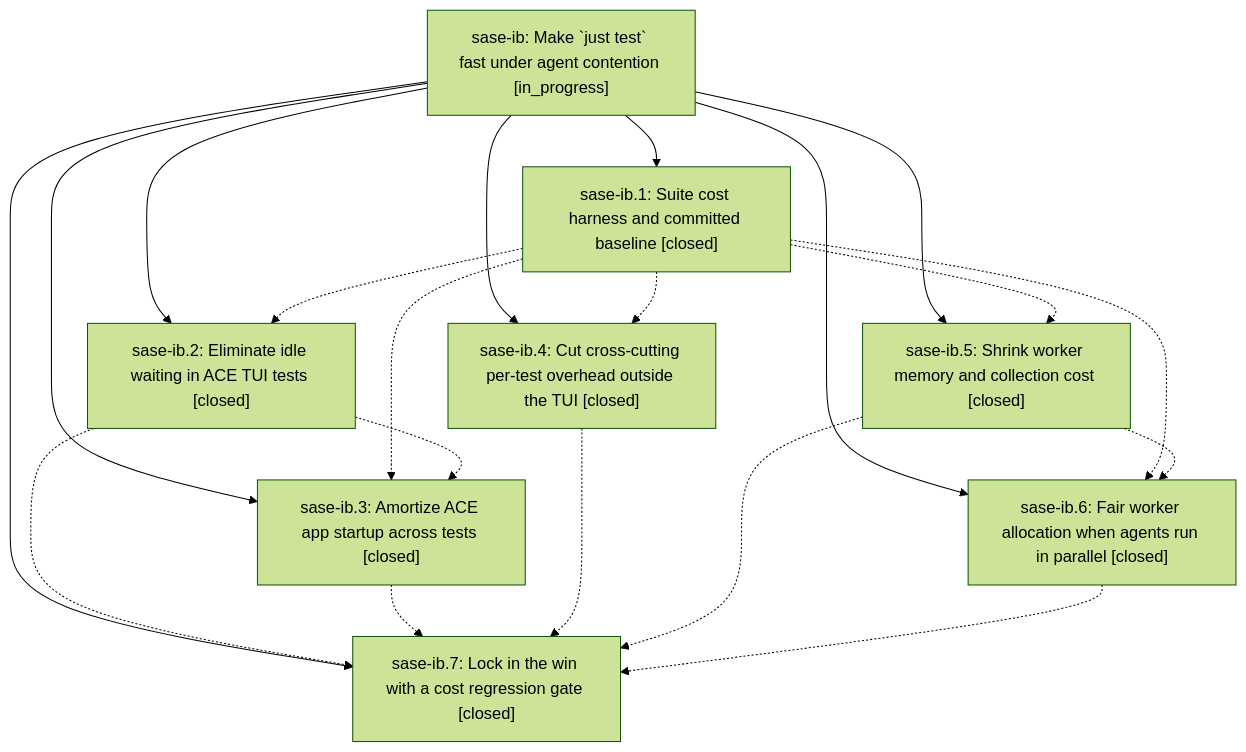
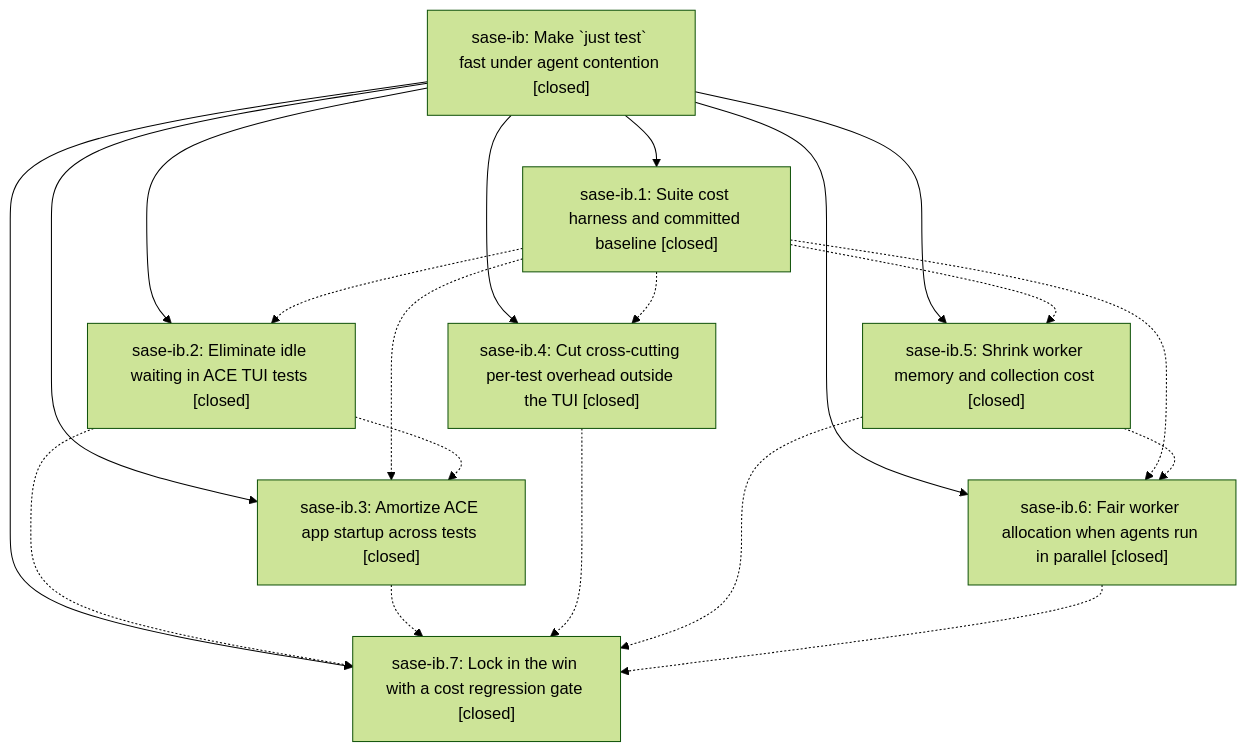
One commit to sase-org/sase--beads changed the diagram in pages/sase-ib/README.md. Above: the diagram before and after it, drawn with Mermaid (forest theme). The commit also changed other lines of this file, not shown here.

First line of the commit message:
chore(beads): sync bead state and pages for sase-ib

````diff
--- a/pages/sase-ib/README.md
+++ b/pages/sase-ib/README.md
@@ -45,30 +65,30 @@
 ```mermaid
 flowchart TD
-    n0["sase-ib: Make `just test` fast under agent contention [in_progress]"]
+    n0["sase-ib: Make `just test` fast under agent contention [closed]"]
     n1["sase-ib.1: Suite cost harness and committed baseline [closed]"]
     n2["sase-ib.2: Eliminate idle waiting in ACE TUI tests [closed]"]
     n3["sase-ib.3: Amortize ACE app startup across tests [closed]"]
     n4["sase-ib.4: Cut cross-cutting per-test overhead outside the TUI [closed]"]
     n5["sase-ib.5: Shrink worker memory and collection cost [closed]"]
     n6["sase-ib.6: Fair worker allocation when agents run in parallel [closed]"]
     n7["sase-ib.7: Lock in the win with a cost regression gate [closed]"]
     n0 --> n1
     n0 --> n2
     n0 --> n3
     n0 --> n4
     n0 --> n5
     n0 --> n6
     n0 --> n7
     n1 -.-> n2
     n1 -.-> n3
     n1 -.-> n4
     n1 -.-> n5
     n1 -.-> n6
     n2 -.-> n3
     n2 -.-> n7
     n3 -.-> n7
     n4 -.-> n7
     n5 -.-> n6
     n5 -.-> n7
     n6 -.-> n7
 ```
````
